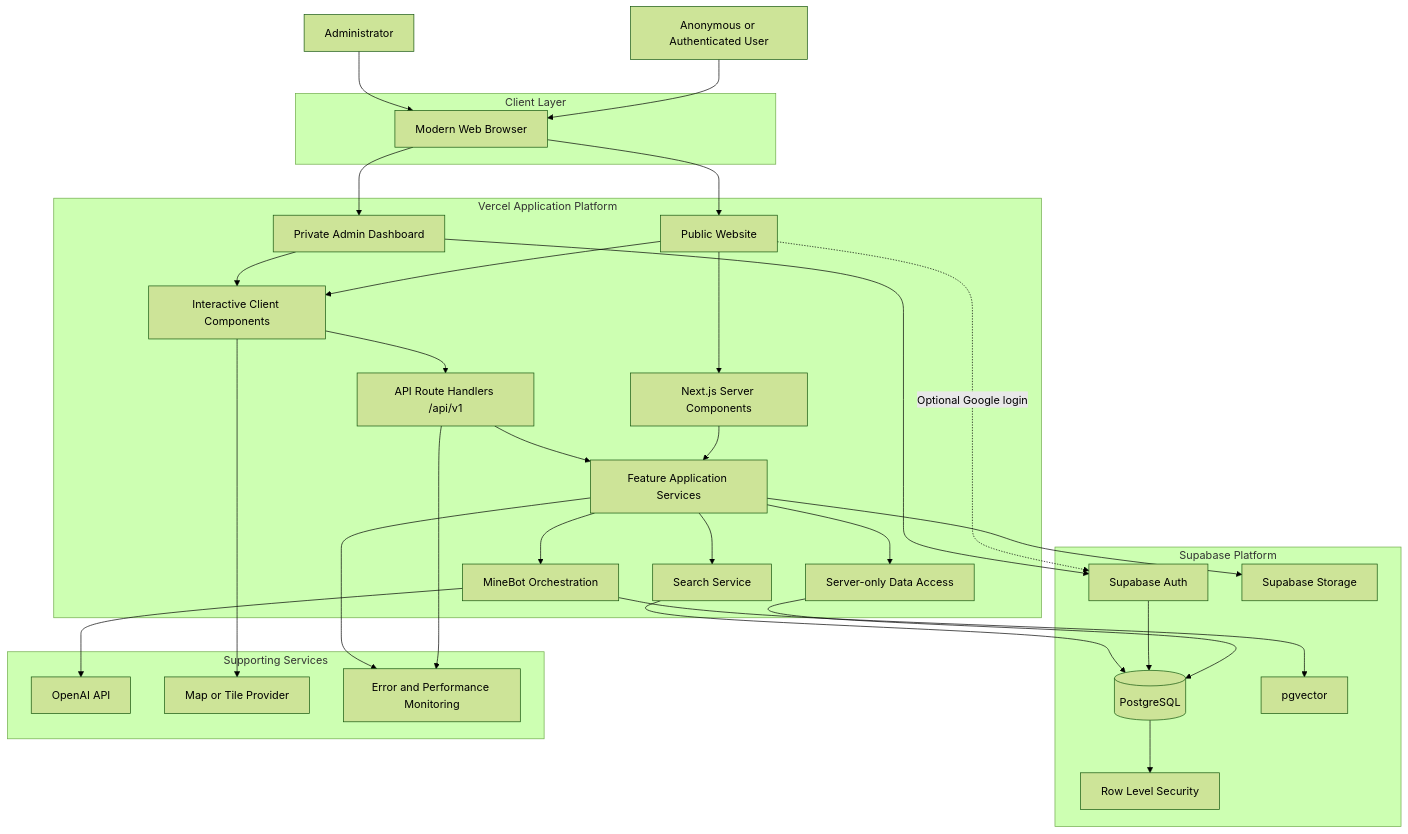
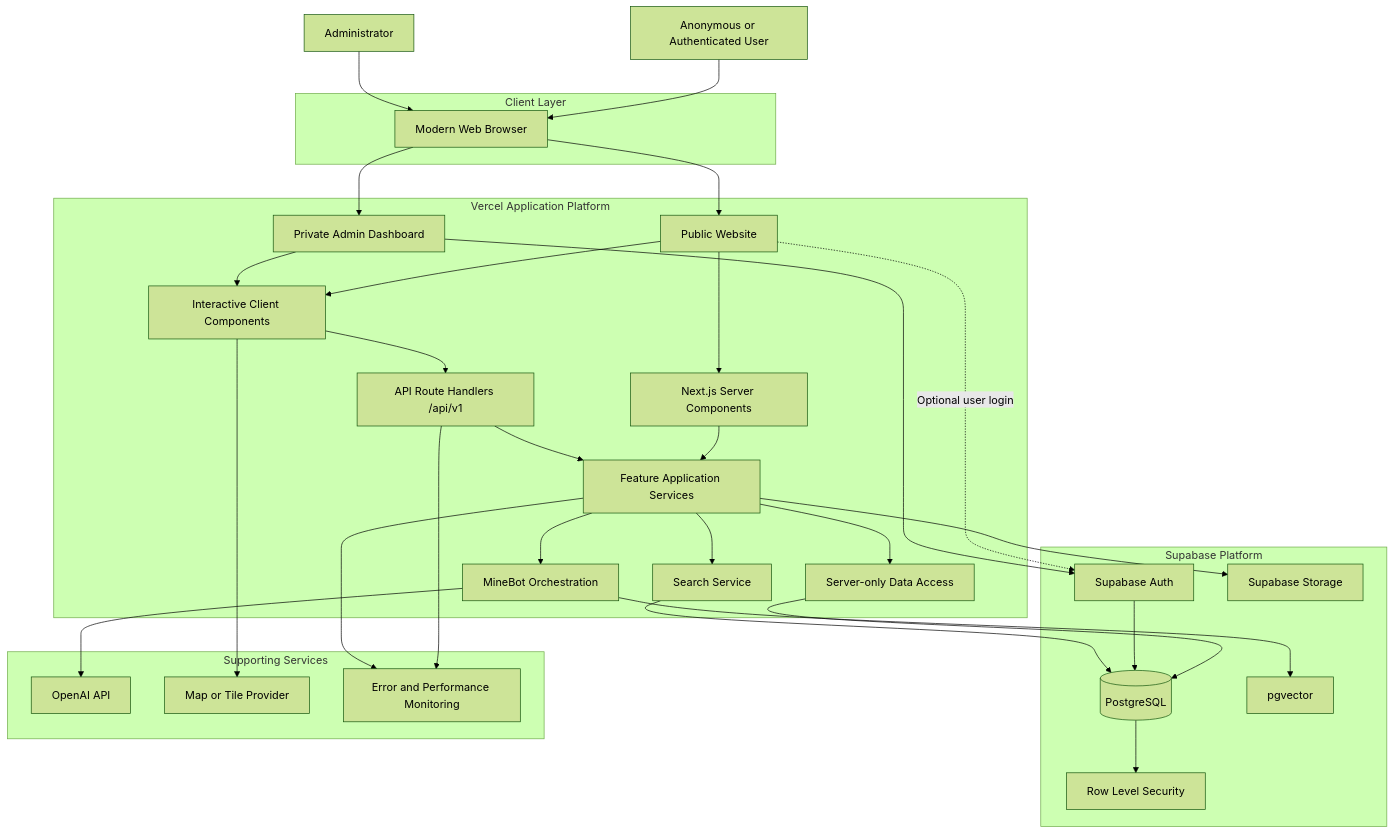
Before and after one commit to FachriAthallah/minevision-platform: the first of 10 diagrams in ARCHITECTURE.md, drawn with Mermaid (forest theme). The commit also changed other lines of this file and 45 other files, not shown here.

Commit message:
feat(auth): add unified user and admin authentication (#12)

````diff
--- a/ARCHITECTURE.md
+++ b/ARCHITECTURE.md
@@ -104,67 +104,67 @@
 ```mermaid
 flowchart TB
     User[Anonymous or Authenticated User]
     Admin[Administrator]
 
     subgraph Client["Client Layer"]
         Browser[Modern Web Browser]
     end
 
     subgraph Vercel["Vercel Application Platform"]
         PublicUI[Public Website]
         AdminUI[Private Admin Dashboard]
         ServerPages[Next.js Server Components]
         ClientComponents[Interactive Client Components]
         API[API Route Handlers /api/v1]
         AppServices[Feature Application Services]
         DataAccess[Server-only Data Access]
         SearchService[Search Service]
         MineBotService[MineBot Orchestration]
     end
 
     subgraph Supabase["Supabase Platform"]
         Auth[Supabase Auth]
         Database[(PostgreSQL)]
         RLS[Row Level Security]
         Storage[Supabase Storage]
         Vector[pgvector]
     end
 
     subgraph External["Supporting Services"]
         OpenAI[OpenAI API]
         MapTiles[Map or Tile Provider]
         Monitoring[Error and Performance Monitoring]
     end
 
     User --> Browser
     Admin --> Browser
 
     Browser --> PublicUI
     Browser --> AdminUI
     PublicUI --> ServerPages
     PublicUI --> ClientComponents
     AdminUI --> ClientComponents
 
     ServerPages --> AppServices
     ClientComponents --> API
     API --> AppServices
 
     AppServices --> DataAccess
     AppServices --> SearchService
     AppServices --> MineBotService
 
     DataAccess --> Database
     Database --> RLS
 
-    PublicUI -. Optional Google login .-> Auth
+    PublicUI -. Optional user login .-> Auth
     AdminUI --> Auth
     Auth --> Database
     AppServices --> Storage
     SearchService --> Database
     MineBotService --> Vector
     MineBotService --> OpenAI
 
     ClientComponents --> MapTiles
     API --> Monitoring
     AppServices --> Monitoring
 ```
````
